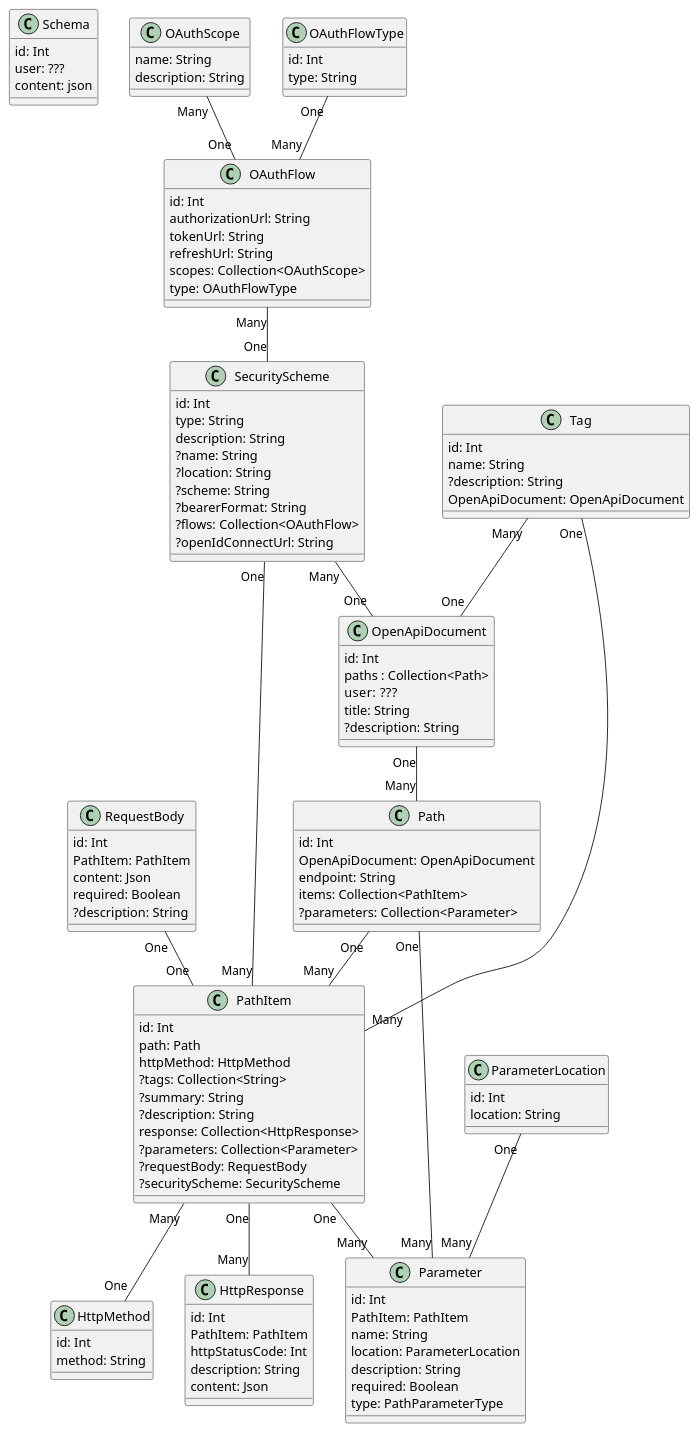
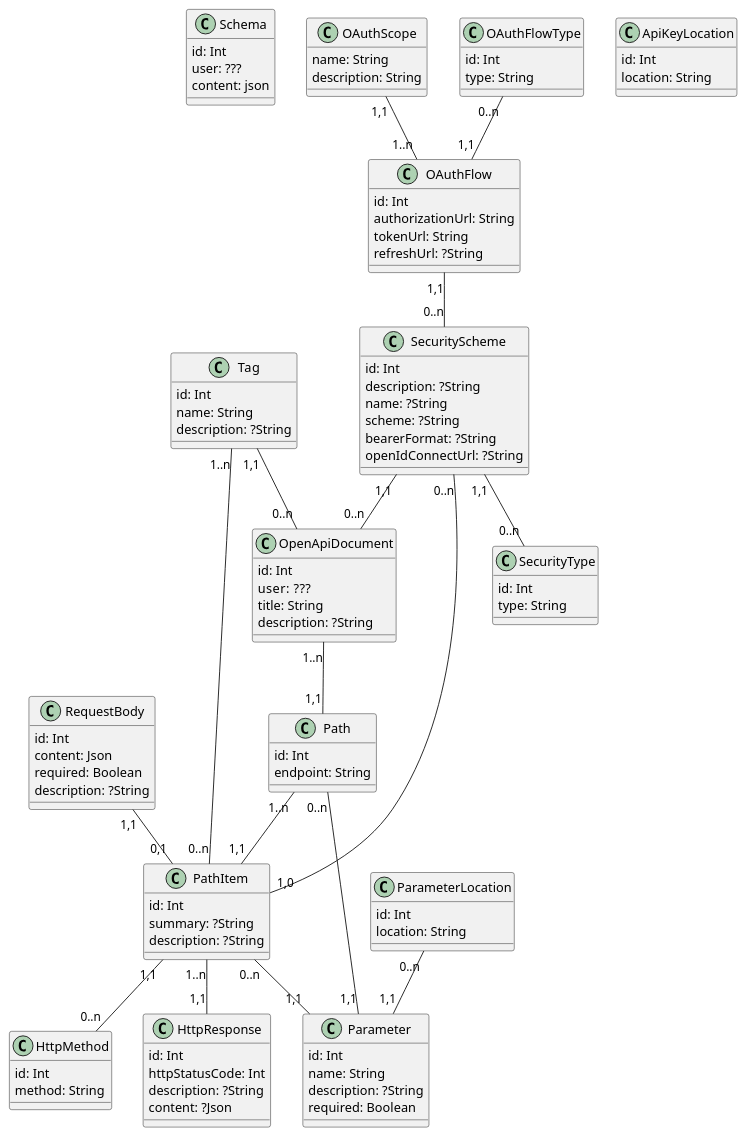
The diagram in documentation/entity-relationship-diagram.puml (ReverseOpenapi/back), drawn with PlantUML before and after one commit. The commit also changed 1 other file, not shown here.

Commit message:
:memo: update entity relationship diagram

```diff
--- a/documentation/entity-relationship-diagram.puml
+++ b/documentation/entity-relationship-diagram.puml
@@ -1,147 +1,138 @@
 @startuml Reverse OpenAPI entity relationship diagram
 
 ' see https://plantuml.com/fr/ to generate a diagram from this file
 
 ' This model is satisfying 3NF (https://en.wikipedia.org/wiki/Database_normalization)
 
 ' Store schemas created by our modeling tool
 ' https://swagger.io/specification/#schema-object
 class Schema {
     {field} id: Int
     {field} user: ???
     {field} content: json
 }
 
 ' Root of the OpenAPI document created by the user
 ' https://swagger.io/specification/#openapi-object
 class OpenApiDocument {
     {field} id: Int
-    {field} paths : Collection<Path>
     {field} user:  ???
     {field} title: String
-    {field} ?description: String
+    {field} description: ?String
 }
 
 ' https://swagger.io/specification/#paths-object
 class Path {
     {field} id: Int
-    {field} OpenApiDocument: OpenApiDocument
     {field} endpoint: String
-    {field} items: Collection<PathItem>
-    {field} ?parameters: Collection<Parameter>
 }
 
 ' https://swagger.io/specification/#path-item-object and https://swagger.io/specification/#operation-object combined for simplification
 class PathItem {
     {field} id: Int
-    {field} path: Path
-    {field} httpMethod: HttpMethod
-    {field} ?tags: Collection<String>
-    {field} ?summary: String
-    {field} ?description: String
-    {field} response: Collection<HttpResponse>
-    {field} ?parameters: Collection<Parameter>
-    {field} ?requestBody: RequestBody
-    {field} ?securityScheme: SecurityScheme
+    {field} summary: ?String
+    {field} description: ?String
 }
 
 ' https://swagger.io/specification/#security-scheme-object
 class SecurityScheme {
     {field} id: Int
+    {field} description: ?String
+    {field} name: ?String
+    {field} scheme: ?String
+    {field} bearerFormat: ?String
+    {field} openIdConnectUrl: ?String
+}
+
+' https://swagger.io/specification/#security-scheme-object -> see field "type"
+class SecurityType {
+    {field} id: Int
     {field} type: String
-    {field} description: String
-    {field} ?name: String
-    {field} ?location: String
-    {field} ?scheme: String
-    {field} ?bearerFormat: String
-    {field} ?flows: Collection<OAuthFlow>
-    {field} ?openIdConnectUrl: String
+}
+
+' https://swagger.io/specification/#security-scheme-object -> see field "in"
+class ApiKeyLocation {
+    {field} id: Int
+    {field} location: String
 }
 
 ' https://swagger.io/specification/#oauth-flows-object
 class OAuthFlow {
     {field} id: Int
     {field} authorizationUrl: String
     {field} tokenUrl: String
-    {field} refreshUrl: String
-    {field} scopes: Collection<OAuthScope>
-    {field} type: OAuthFlowType
+    {field} refreshUrl: ?String
 }
 
 ' https://swagger.io/specification/#oauth-flow-object -> see field "scopes"
 class OAuthScope {
     {field} name: String
     {field} description: String
 }
 
 ' https://swagger.io/specification/#oauth-flows-object -> all fields names are types
 class OAuthFlowType {
     {field} id: Int
     {field} type: String
 }
 
 ' https://swagger.io/specification/#tag-object
 class Tag {
     {field} id: Int
     {field} name: String
-    {field} ?description: String
-    {field} OpenApiDocument: OpenApiDocument
+    {field} description: ?String
 }
 
 ' https://swagger.io/specification/#request-body-object
 class RequestBody {
     {field} id: Int
-    {field} PathItem: PathItem
     {field} content: Json
     {field} required: Boolean
-    {field} ?description: String
+    {field} description: ?String
 }
 
 ' https://swagger.io/specification/#parameter-object
 class Parameter {
     {field} id: Int
-    {field} PathItem: PathItem
     {field} name: String
-    {field} location: ParameterLocation
-    {field} description: String
+    {field} description: ?String
     {field} required: Boolean
-    {field} type: PathParameterType
 }
 
 ' https://swagger.io/specification/#parameter-object -> refers to "in" field name
 class ParameterLocation {
     {field} id: Int
     {field} location: String
 }
 
 ' https://swagger.io/specification/#response-object
 class HttpResponse {
     {field} id: Int
-    {field} PathItem: PathItem
     {field} httpStatusCode: Int
-    {field} description: String
-    {field} content: Json
+    {field} description: ?String
+    {field} content: ?Json
 }
 
 class HttpMethod {
     {field} id: Int
     {field} method: String
 }
 
-OpenApiDocument "One" -- "Many" Path
-Path "One" -- "Many" Parameter
-PathItem "One" -- "Many" Parameter
-PathItem "One" -- "Many" HttpResponse
-PathItem "Many" -- "One" HttpMethod
-Path "One" -- "Many" PathItem
-ParameterLocation "One" -- "Many" Parameter
-RequestBody "One" -- "One" PathItem
-Tag "Many" -- "One" OpenApiDocument
-Tag "One" -- "Many" PathItem
-SecurityScheme "Many" -- "One" OpenApiDocument
-OAuthFlow "Many" -- "One" SecurityScheme
-OAuthFlowType "One" -- "Many" OAuthFlow
-OAuthScope "Many" -- "One" OAuthFlow
-SecurityScheme "One" -- "Many" PathItem
+OpenApiDocument "1..n" -- "1,1" Path /' OpenApiDocument has one or many Path, Path has one OpenAPIDocument '/
+Path "0..n" -- "1,1" Parameter /' Path has zero or many Parameter, Parameter has one Path '/
+PathItem "0..n" -- "1,1" Parameter /' PathItem has zero or many Parameter, Parameter has one PathItem '/
+PathItem "1..n" -- "1,1" HttpResponse /' PathItem has one or many HttpResponse, HttpResponse has one Pathitem '/
+PathItem "1,1" -- "0..n" HttpMethod /' PathItem has one HttpMethod, HttpMethod has zero or many PathItem '/
+Path "1..n" -- "1,1" PathItem /' Path has zero or many PathItem, PathItem has one Path '/
+ParameterLocation "0..n" -- "1,1" Parameter /' ParameterLocation has zero or many Parameter, Parameter has one ParameterLocation '/
+RequestBody "1,1" -- "0,1" PathItem /' RequestBody has one PathItem, PathItem has zero or one PathItem '/
+Tag "1,1" -- "0..n" OpenApiDocument /' Tag has one OpenApiDocument, OpenApiDocument has zero or many Tag '/
+Tag "1..n" -- "0..n" PathItem /' Tag has one or many PathItem, PathItem has zero or many PathItem '/
+SecurityScheme "1,1" -- "0..n" OpenApiDocument /' SecurityScheme has one OpenApiDocument, OpenApiDocument has zero or many SecurityScheme '/
+OAuthFlow "1,1" -- "0..n" SecurityScheme /' OAuthFlow has one SecurityScheme, SecurityScheme has zero or many OAuthFlow '/
+OAuthFlowType "0..n" -- "1,1" OAuthFlow /' OAuthFlowType has zero or many OAuthFlow, OAuthFlow has one OAuthFlowType '/
+OAuthScope "1,1" -- "1..n" OAuthFlow /' OAuthScope has one OAuthFlow, OAuthFlow has one or many OAuthScope '/
+SecurityScheme "0..n" -- "1,0" PathItem /' SecurityScheme has zero or many PathItem, PathItem has one or zero SecurityScheme '/
+SecurityScheme "1,1" -- "0..n" SecurityType /' SecurityScheme has one SecurityType, SecurityType has zero or many SecurityType '/
 
 @enduml
```
